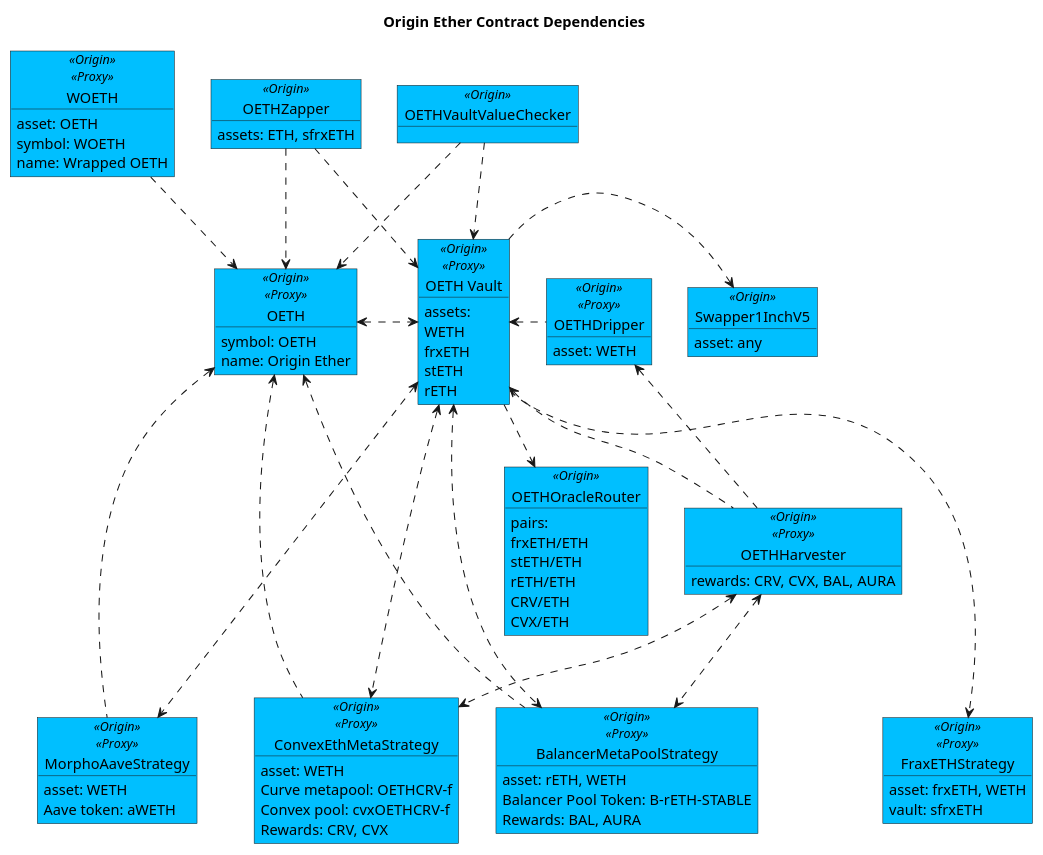
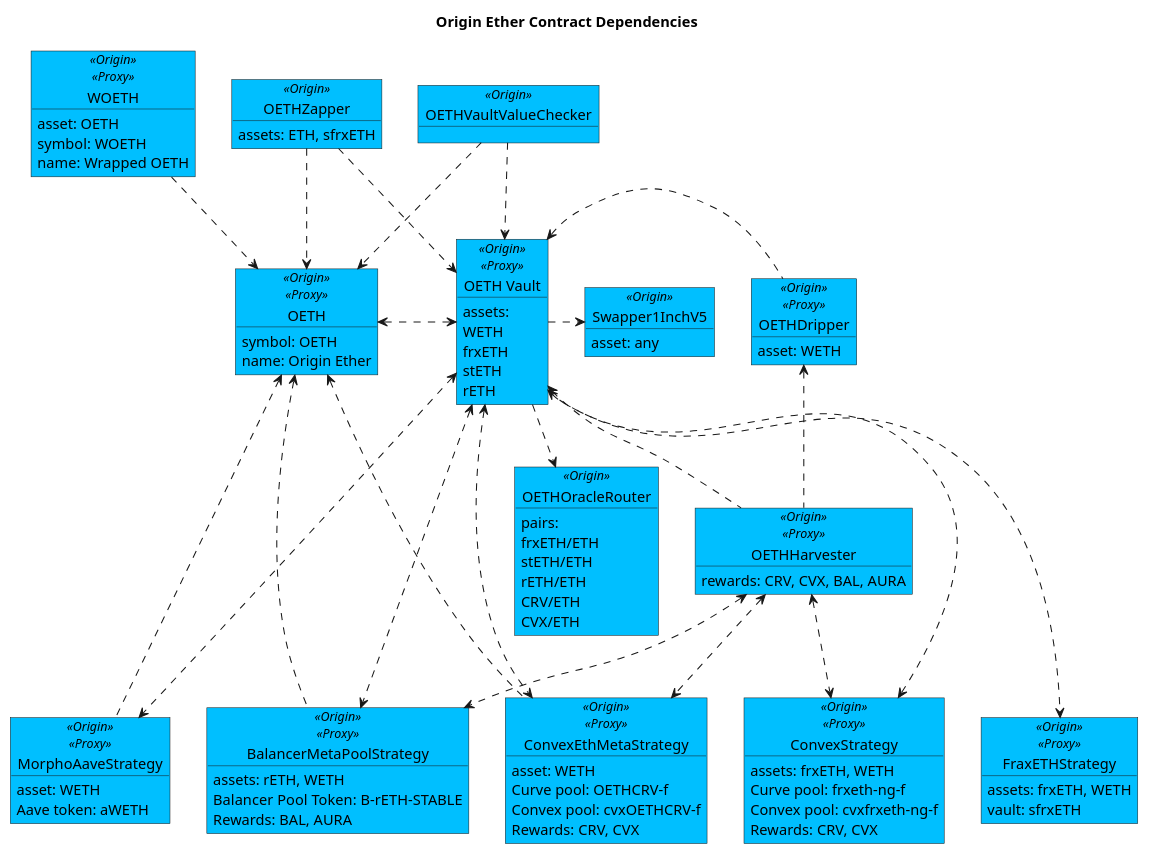
Before and after one commit to OriginProtocol/origin-dollar: the diagram in contracts/docs/plantuml/oethContracts.puml, drawn with PlantUML. The commit also changed 1 other file, not shown here.

Commit message:
Updated OETH contract diagram

```diff
--- a/contracts/docs/plantuml/oethContracts.puml
+++ b/contracts/docs/plantuml/oethContracts.puml
@@ -42,12 +42,12 @@
 
 ' Strategies
 object "FraxETHStrategy" as frxethstrat <<Origin>><<Proxy>> #DeepSkyBlue {
-    asset: frxETH, WETH
+    assets: frxETH, WETH
     vault: sfrxETH
 }
 object "ConvexEthMetaStrategy" as cvxStrat <<Origin>><<Proxy>> #DeepSkyBlue {
     asset: WETH
-    Curve metapool: OETHCRV-f
+    Curve pool: OETHCRV-f
     Convex pool: cvxOETHCRV-f
     Rewards: CRV, CVX
 }
@@ -57,10 +57,18 @@
 }
 
 object "BalancerMetaPoolStrategy" as balancerStrat <<Origin>><<Proxy>> #DeepSkyBlue {
-    asset: rETH, WETH
+    assets: rETH, WETH
     Balancer Pool Token: B-rETH-STABLE
     Rewards: BAL, AURA
 }
+
+object "ConvexStrategy" as convexFrxEthWethStrat <<Origin>><<Proxy>> #DeepSkyBlue {
+    assets: frxETH, WETH
+    Curve pool: frxeth-ng-f
+    Convex pool: cvxfrxeth-ng-f
+    Rewards: CRV, CVX
+}
+
 
 ' Oracle
 object "OETHOracleRouter" as oracle <<Origin>> #DeepSkyBlue {
@@ -215,6 +223,10 @@
 oeth <... balancerStrat
 harv <..> balancerStrat
 
+' Convex Strategy for frxETH/WETH pool
+oethv <...> convexFrxEthWethStrat
+harv <..> convexFrxEthWethStrat
+
 ' ' Vault to Assets
 ' oethv .....> frxeth
 ' oethv .....> weth
```
